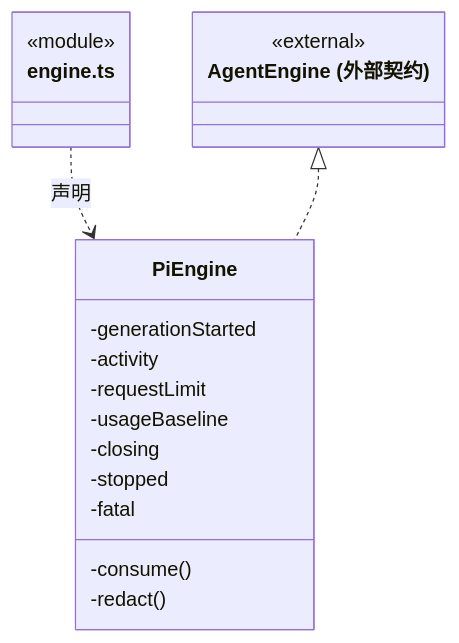
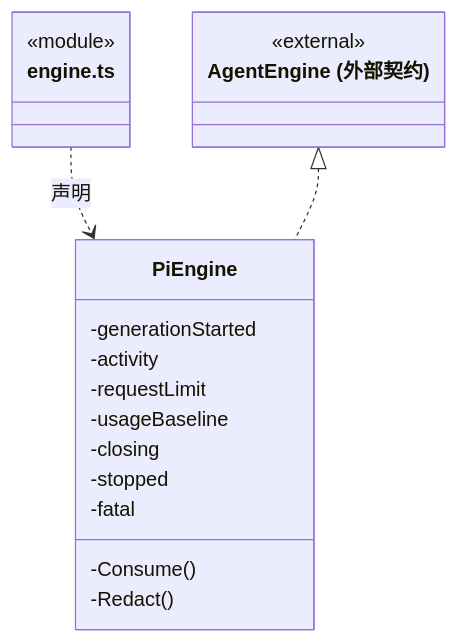
One commit to nan023062/cbim changed the third of 11 diagrams in src/logic/execution/engines/pi/ARCHITECTURE.md. Above: the diagram before and after it, drawn with Mermaid. The commit also changed other lines of this file and 1035 other files, not shown here.

````diff
--- a/src/logic/execution/engines/pi/ARCHITECTURE.md
+++ b/src/logic/execution/engines/pi/ARCHITECTURE.md
@@ -92,22 +92,22 @@
 ```mermaid
 classDiagram
 class N_src_logic_execution_engines_pi_engine_ts["engine.ts"] {
   <<module>>
 }
 class N_src_logic_execution_engines_pi_engine_ts_PiEngine["PiEngine"] {
   -generationStarted
   -activity
   -requestLimit
   -usageBaseline
   -closing
   -stopped
   -fatal
-  -consume()
-  -redact()
+  -Consume()
+  -Redact()
 }
 N_src_logic_execution_engines_pi_engine_ts ..> N_src_logic_execution_engines_pi_engine_ts_PiEngine : 声明
 class N_src_logic_execution_engines_pi_engine_ts_external_AgentEngine["AgentEngine (外部契约)"] {
   <<external>>
 }
 N_src_logic_execution_engines_pi_engine_ts_external_AgentEngine <|.. N_src_logic_execution_engines_pi_engine_ts_PiEngine
 ```
````
